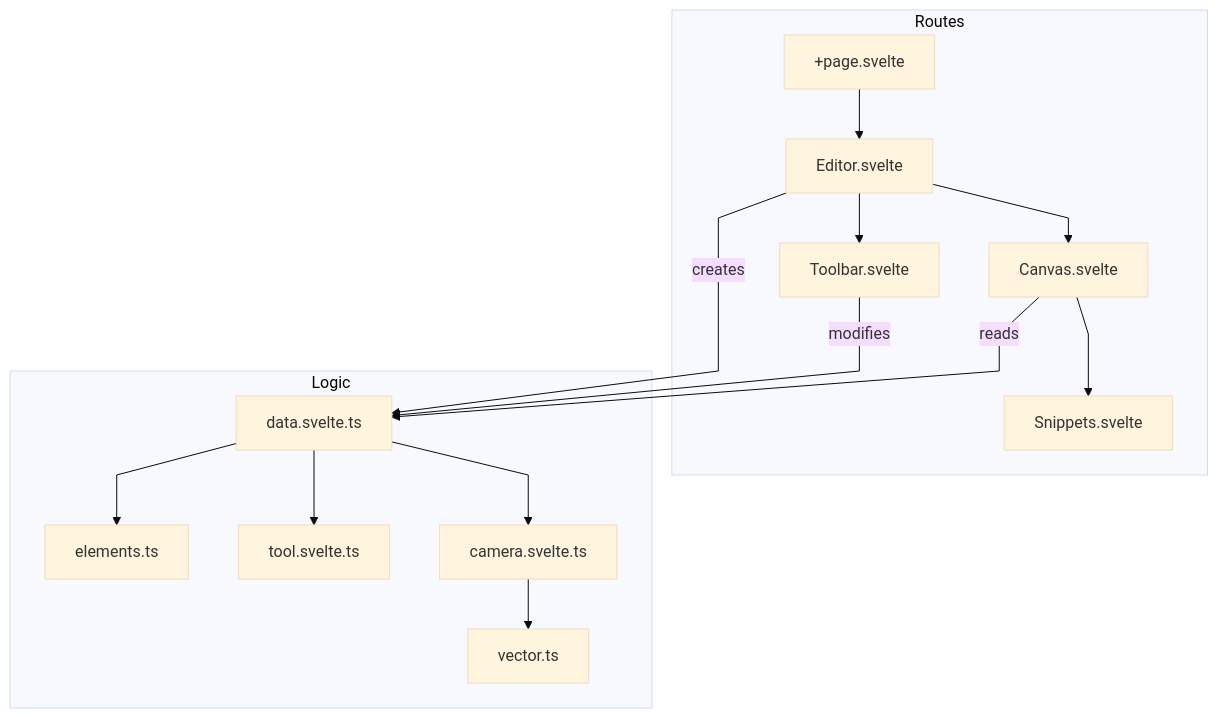
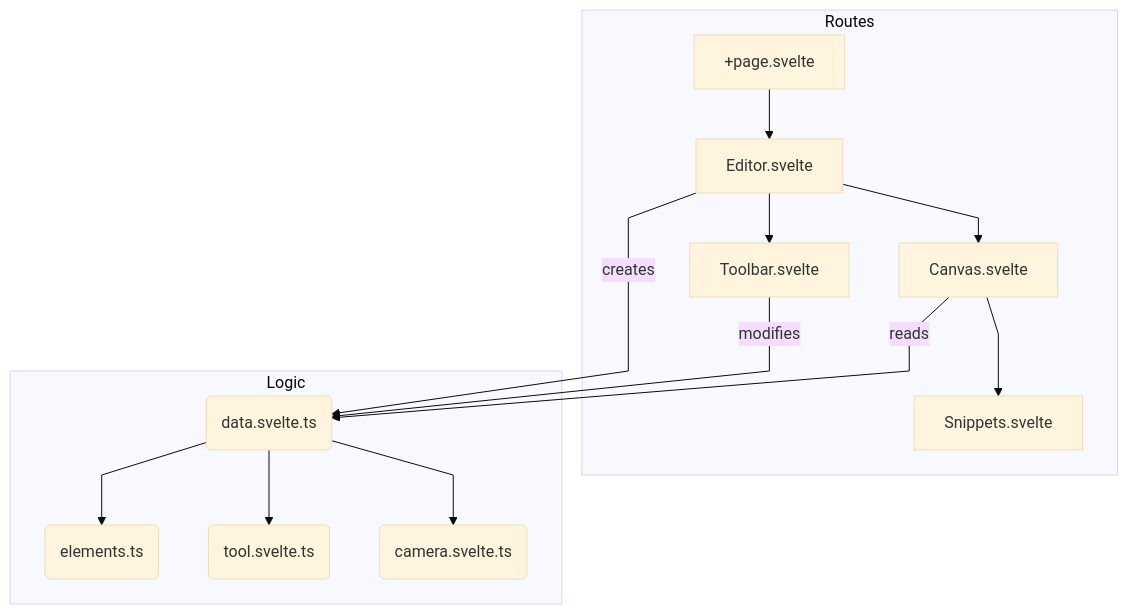
Before and after one commit to RedthMC/motion-whiteboard: the diagram in README.md, drawn with Mermaid (base theme). The commit also changed other lines of this file and 12 other files, not shown here.

````diff
--- a/README.md
+++ b/README.md
@@ -9,27 +12,21 @@
 ```mermaid
 %%{init: { 'flowchart': { 'curve': 'linear' } } }%%
 graph TD
     subgraph Routes
         Page[+page.svelte] --> Editor[Editor.svelte]
         Editor --> Canvas[Canvas.svelte]
         Editor --> Toolbar[Toolbar.svelte]
         Canvas --> Snippets[Snippets.svelte]
     end
 
-    subgraph Logic
-        AppState[data.svelte.ts]
-        Camera[camera.svelte.ts]
-        Tools[tool.svelte.ts]
-        Elements[elements.ts]
-        Vector[vector.ts]
-    end
-
     Editor -- creates --> AppState
     Canvas -- reads --> AppState
     Toolbar -- modifies --> AppState
     
-    AppState --> Camera
-    AppState --> Tools
-    AppState --> Elements
-    Camera --> Vector
+    subgraph Logic
+      AppState(data.svelte.ts)
+      AppState --> Camera(camera.svelte.ts)
+      AppState --> Tools(tool.svelte.ts)
+      AppState --> Elements(elements.ts)
+    end
 ```
````
